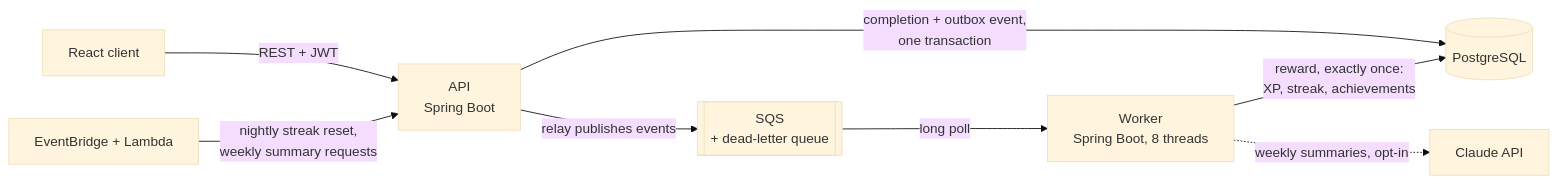
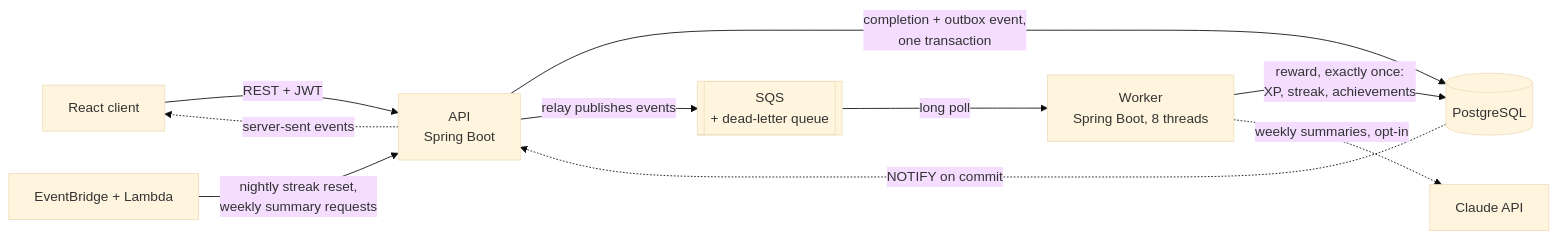
The diagram in README.md (andrewwsou/progress-tracker), drawn with Mermaid (base theme) before and after one commit. The commit also changed other lines of this file and 19 other files, not shown here.

````diff
--- a/README.md
+++ b/README.md
@@ -38,10 +41,12 @@
 ```mermaid
 flowchart LR
     UI["React client"] -->|"REST + JWT"| API["API<br/>Spring Boot"]
     API -->|"completion + outbox event,<br/>one transaction"| DB[("PostgreSQL")]
     API -->|"relay publishes events"| Q[["SQS<br/>+ dead-letter queue"]]
     Q -->|"long poll"| W["Worker<br/>Spring Boot, 8 threads"]
     W -->|"reward, exactly once:<br/>XP, streak, achievements"| DB
     W -.->|"weekly summaries, opt-in"| LLM["Claude API"]
+    DB -.->|"NOTIFY on commit"| API
+    API -.->|"server-sent events"| UI
     EB["EventBridge + Lambda"] -->|"nightly streak reset,<br/>weekly summary requests"| API
 ```
````
